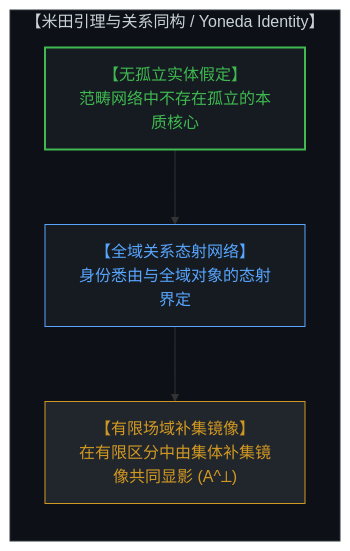
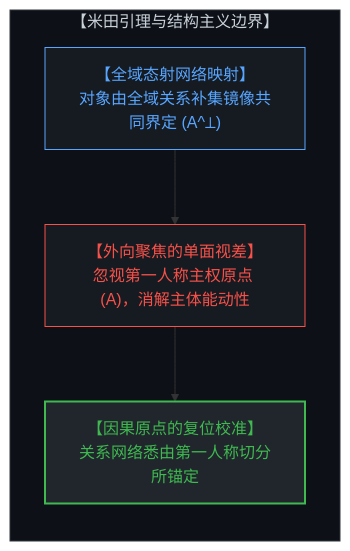
Before and after one commit to powerpig99/not-a-toe: the second of 6 diagrams in content/posts/the-geometry-of-coexistence-and-the-dual-cut.md, drawn with Mermaid. The commit also changed other lines of this file and 3 other files, not shown here.

Commit message:
Refine Post 312: Causal coin diagnostic framework, Yoneda structuralist boundary, and negative image of the self

````diff
--- a/content/posts/the-geometry-of-coexistence-and-the-dual-cut.md
+++ b/content/posts/the-geometry-of-coexistence-and-the-dual-cut.md
@@ -41,15 +45,15 @@
 ```mermaid
 graph TD
-    subgraph YonedaIdentity["【米田引理与关系同构 / Yoneda Identity】"]
+    subgraph YonedaBoundary["【米田引理与结构主义边界】"]
         direction TB
-        NoSubstance["【无孤立实体假定】<br>范畴网络中不存在孤立的本质核心"]
-        RelationalNetwork["【全域关系态射网络】<br>身份悉由与全域对象的态射界定"]
-        ComplementImage["【有限场域补集镜像】<br>在有限区分中由集体补集镜像共同显影 (A^⟂)"]
-        NoSubstance --> RelationalNetwork
-        RelationalNetwork --> ComplementImage
+        RelationalNetwork["【全域态射网络映射】<br>对象由全域关系补集镜像共同界定 (A^⟂)"]
+        StructuralistBias["【外向聚焦的单面视差】<br>忽视第一人称主权原点 (A)，消解主体能动性"]
+        SovereignAnchor["【因果原点的复位校准】<br>关系网络悉由第一人称切分所锚定"]
+        RelationalNetwork --> StructuralistBias
+        StructuralistBias --> SovereignAnchor
     end
-    style YonedaIdentity fill:#0d1117,stroke:#30363d,stroke-width:1px,color:#c9d1d9
-    style NoSubstance fill:#161b22,stroke:#3fb950,stroke-width:2px,color:#3fb950
+    style YonedaBoundary fill:#0d1117,stroke:#30363d,stroke-width:1px,color:#c9d1d9
     style RelationalNetwork fill:#161b22,stroke:#58a6ff,stroke-width:1px,color:#58a6ff
-    style ComplementImage fill:#21262d,stroke:#d29922,stroke-width:1px,color:#d29922
+    style StructuralistBias fill:#161b22,stroke:#f85149,stroke-width:1px,color:#f85149
+    style SovereignAnchor fill:#21262d,stroke:#3fb950,stroke-width:2px,color:#3fb950
 ```
````
